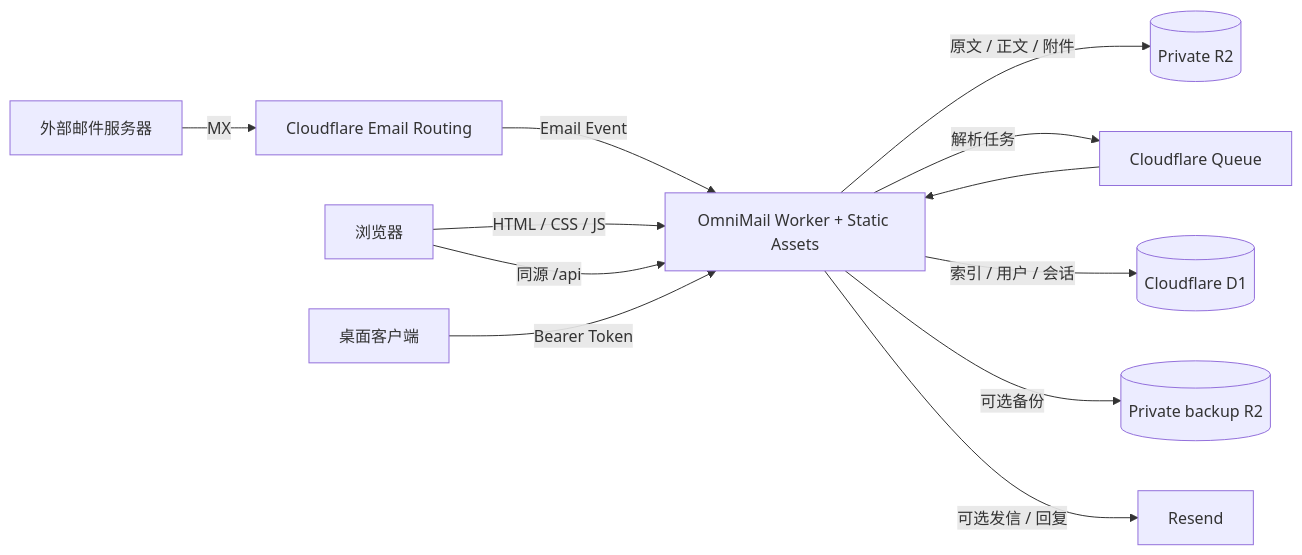
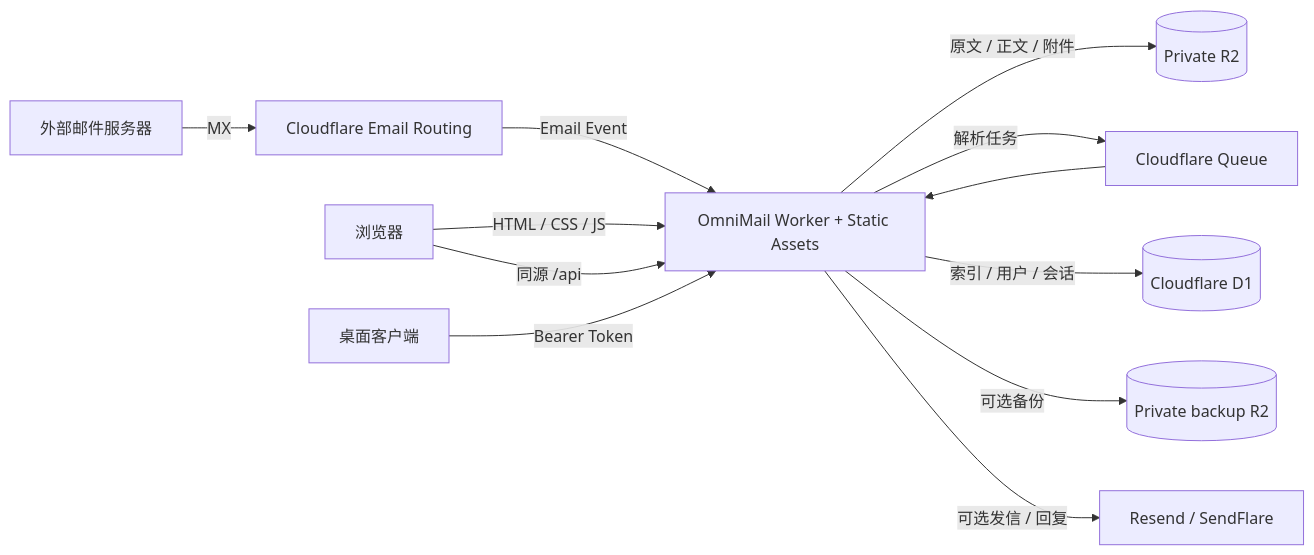
Before and after one commit to 7iook/OmniMail: the diagram in README.md, drawn with Mermaid. The commit also changed other lines of this file and 29 other files, not shown here.

Commit message:
feat: add SendFlare outbound provider

````diff
--- a/README.md
+++ b/README.md
@@ -107,15 +107,15 @@
 ```mermaid
 flowchart LR
     Sender[外部邮件服务器] -->|MX| Routing[Cloudflare Email Routing]
     Routing -->|Email Event| Worker[OmniMail Worker + Static Assets]
     Worker -->|原文 / 正文 / 附件| R2[(Private R2)]
     Worker -->|解析任务| Queue[Cloudflare Queue]
     Queue --> Worker
     Worker -->|索引 / 用户 / 会话| D1[(Cloudflare D1)]
     Worker -->|可选备份| Backup[(Private backup R2)]
-    Worker -->|可选发信 / 回复| Resend[Resend]
+    Worker -->|可选发信 / 回复| Provider[Resend / SendFlare]
 
     Browser[浏览器] -->|HTML / CSS / JS| Worker
     Browser -->|同源 /api| Worker
     Desktop[桌面客户端] -->|Bearer Token| Worker
 ```
````
